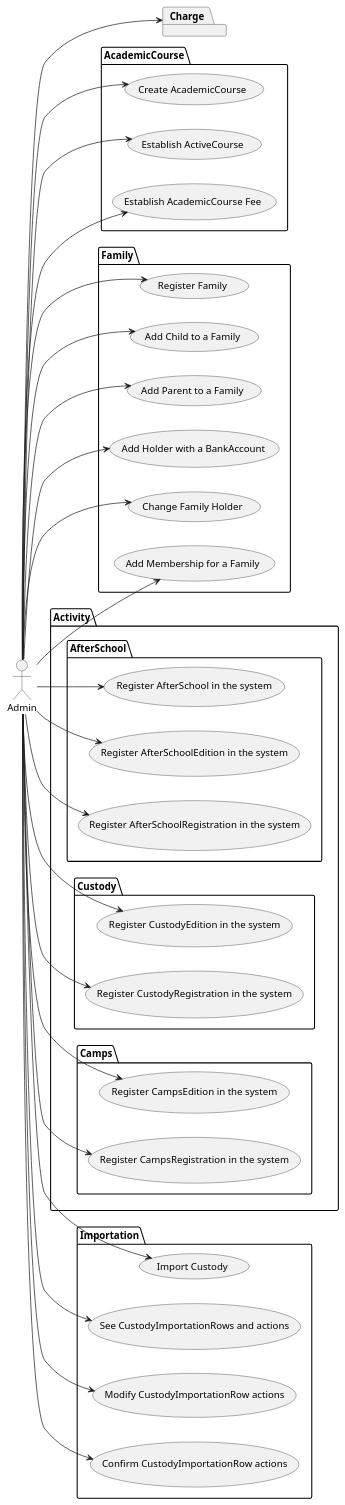
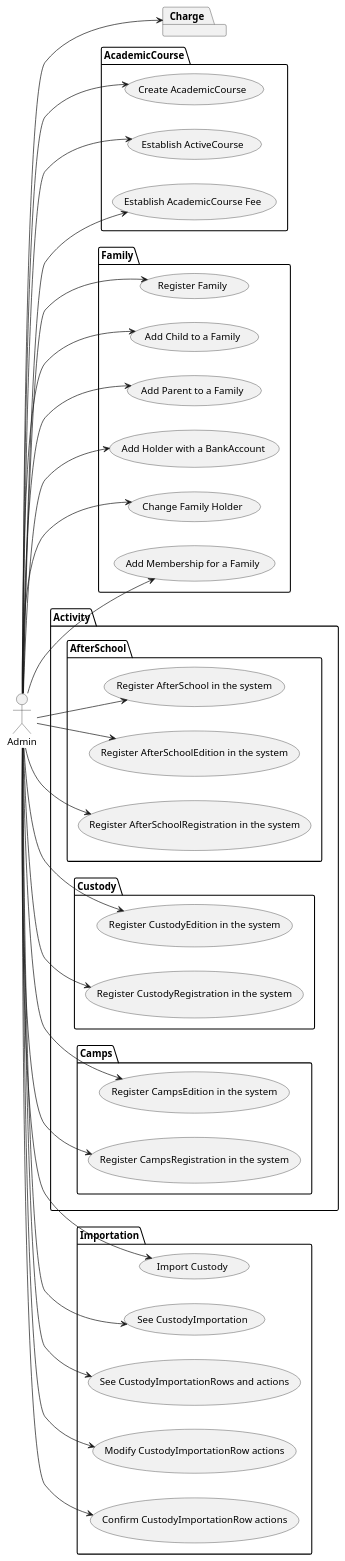
One commit to IgnacioMaestro/ampa-manager changed the diagram in doc/UseCasesDiagram/UseCasesDiagram.puml. Above: the diagram before and after it, drawn with PlantUML.

Commit message:
feat: update ImportationPackage use cases

```diff
--- a/doc/UseCasesDiagram/UseCasesDiagram.puml
+++ b/doc/UseCasesDiagram/UseCasesDiagram.puml
@@ -1,41 +1,42 @@
 @startuml
 left to right direction
 actor Admin
 package AcademicCourse{
     Admin --> (Create AcademicCourse)
     Admin --> (Establish ActiveCourse)
     Admin --> (Establish AcademicCourse Fee)
 }
 package Family {
     Admin --> (Register Family)
     Admin --> (Add Child to a Family)
     Admin --> (Add Parent to a Family)
     Admin --> (Add Holder with a BankAccount)
     Admin --> (Change Family Holder)
     Admin --> (Add Membership for a Family)
 }
 package Activity {
     package AfterSchool {
         Admin --> (Register AfterSchool in the system)
         Admin --> (Register AfterSchoolEdition in the system)
         Admin --> (Register AfterSchoolRegistration in the system)
     }
     package Custody {
         Admin --> (Register CustodyEdition in the system)
         Admin --> (Register CustodyRegistration in the system)
     }
     package Camps {
         Admin --> (Register CampsEdition in the system)
         Admin --> (Register CampsRegistration in the system)
     }
 }
 package Charge {
     Admin --> Charge
 }
 package Importation {
     Admin --> (Import Custody)
+    Admin --> (See CustodyImportation)
     Admin --> (See CustodyImportationRows and actions)
     Admin --> (Modify CustodyImportationRow actions)
     Admin --> (Confirm CustodyImportationRow actions)
 }
 @enduml
```
